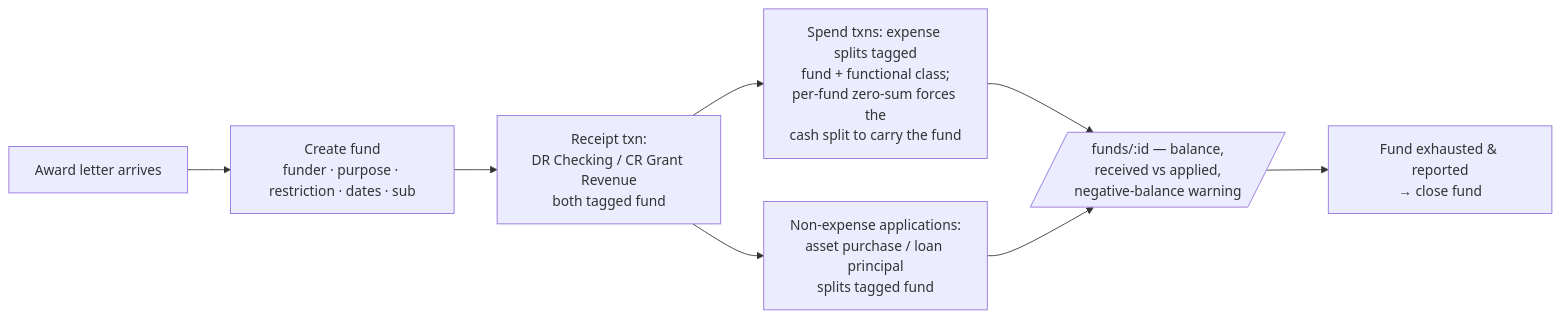
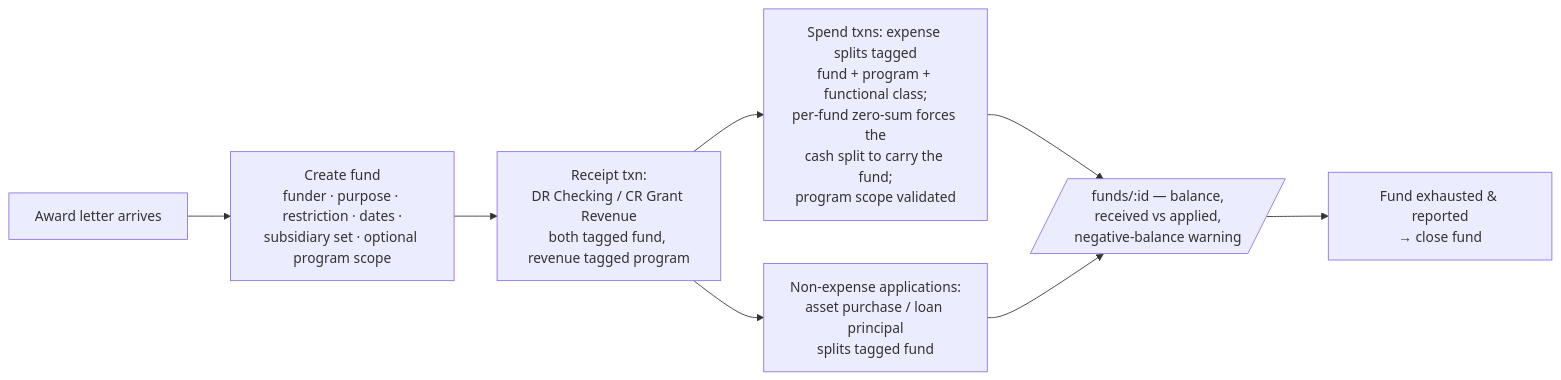
One commit to epiphenomena/cuento changed the third of 7 diagrams in PLAN.md. Above: the diagram before and after it, drawn with Mermaid. The commit also changed other lines of this file and 1 other file, not shown here.

````diff
--- a/PLAN.md
+++ b/PLAN.md
@@ -568,10 +618,10 @@
 ```mermaid
 flowchart LR
-  A[Award letter arrives] --> B[Create fund<br/>funder · purpose · restriction · dates · sub]
-  B --> C[Receipt txn:<br/>DR Checking / CR Grant Revenue<br/>both tagged fund]
-  C --> D[Spend txns: expense splits tagged<br/>fund + functional class;<br/>per-fund zero-sum forces the<br/>cash split to carry the fund]
+  A[Award letter arrives] --> B[Create fund<br/>funder · purpose · restriction · dates ·<br/>subsidiary set · optional program scope]
+  B --> C[Receipt txn:<br/>DR Checking / CR Grant Revenue<br/>both tagged fund, revenue tagged program]
+  C --> D[Spend txns: expense splits tagged<br/>fund + program + functional class;<br/>per-fund zero-sum forces the<br/>cash split to carry the fund;<br/>program scope validated]
   C --> E[Non-expense applications:<br/>asset purchase / loan principal<br/>splits tagged fund]
   D --> F[/funds/:id — balance,<br/>received vs applied,<br/>negative-balance warning/]
   E --> F
   F --> G[Fund exhausted & reported<br/>→ close fund]
 ```
````
